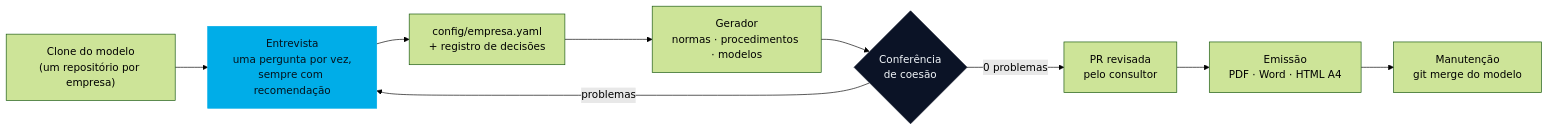
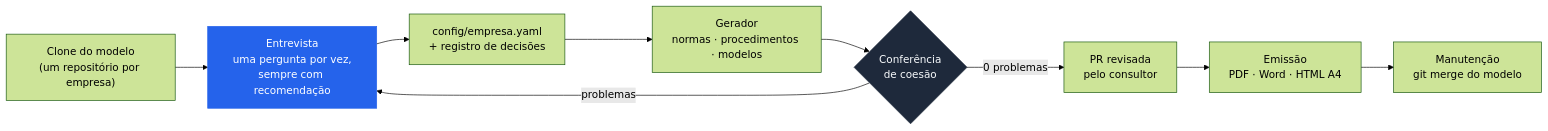
Before and after one commit to resper1965/esqueleto-governanca: the diagram in README.md, drawn with Mermaid (forest theme). The commit also changed other lines of this file and 11 other files, not shown here.

````diff
--- a/README.md
+++ b/README.md
@@ -42,14 +41,14 @@
 ```mermaid
 flowchart LR
     A["Clone do modelo<br/>(um repositório por empresa)"] --> B["Entrevista<br/>uma pergunta por vez,<br/>sempre com recomendação"]
     B --> C["config/empresa.yaml<br/>+ registro de decisões"]
     C --> D["Gerador<br/>normas · procedimentos · modelos"]
     D --> E{"Conferência<br/>de coesão"}
     E -- "0 problemas" --> F["PR revisada<br/>pelo consultor"]
     E -- "problemas" --> B
     F --> G["Emissão<br/>PDF · Word · HTML A4"]
     G --> H["Manutenção<br/>git merge do modelo"]
 
-    style B fill:#00ADE8,stroke:#00ADE8,color:#04121C
-    style E fill:#0B1326,stroke:#0B1326,color:#F1F5F9
+    style B fill:#2563EB,stroke:#2563EB,color:#FFFFFF
+    style E fill:#1E293B,stroke:#1E293B,color:#F8FAFC
 ```
````
